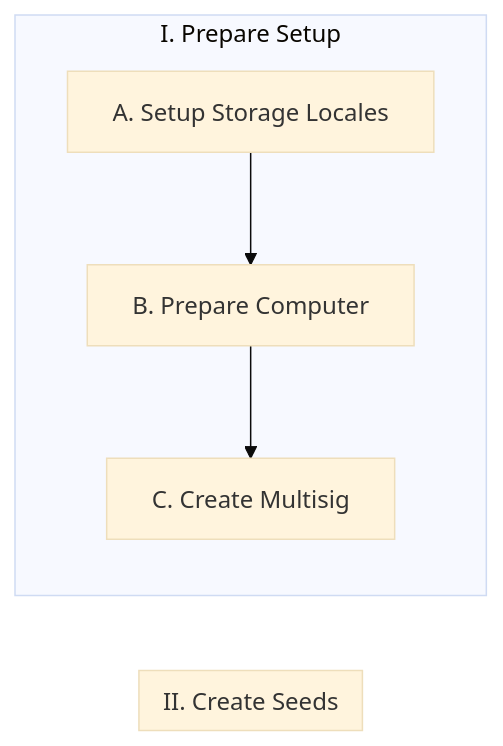
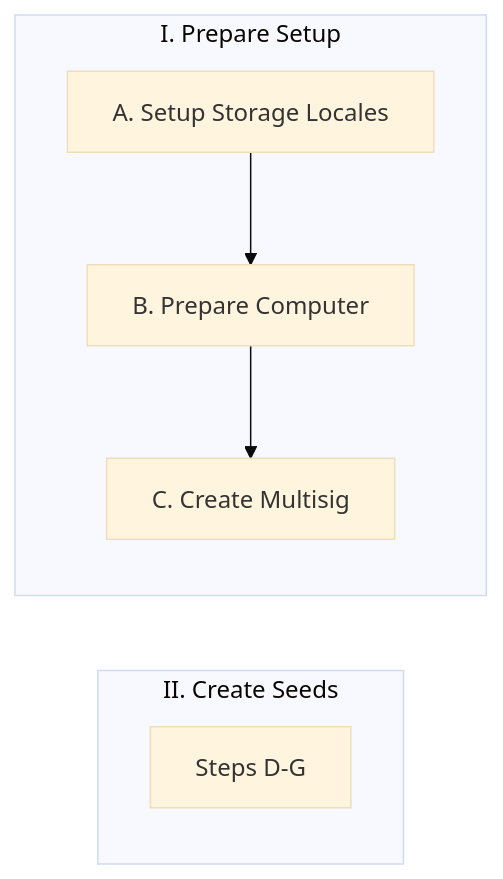
The diagram in Docs/Scenario-Multisig.md (BlockchainCommons/SmartCustody), drawn with Mermaid (base theme) before and after one commit.

````diff
--- a/Docs/Scenario-Multisig.md
+++ b/Docs/Scenario-Multisig.md
@@ -146,11 +146,12 @@
 ```mermaid
 graph LR;
     subgraph 1[I. Prepare Setup]
     A[A. Setup Storage Locales]
     B[B. Prepare Computer]
     C[C. Create Multisig]
     A-->B-->C
     end
     subgraph 2[II. Create Seeds]
+    D[Steps D-G]
     end
 ```
````
